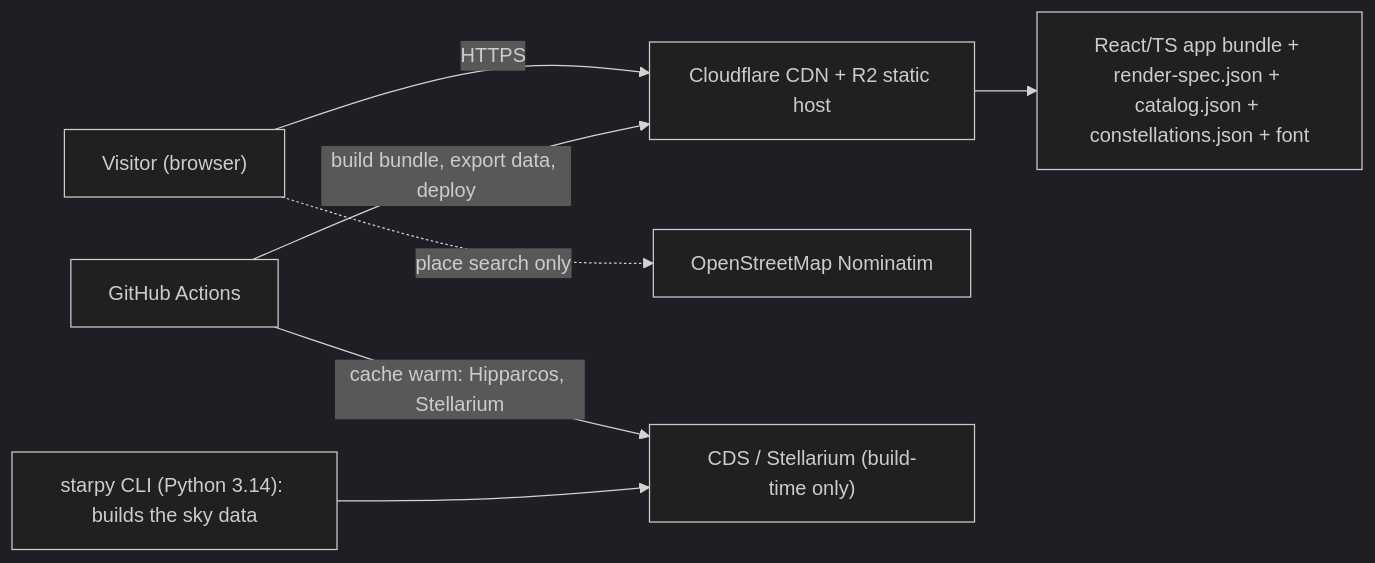
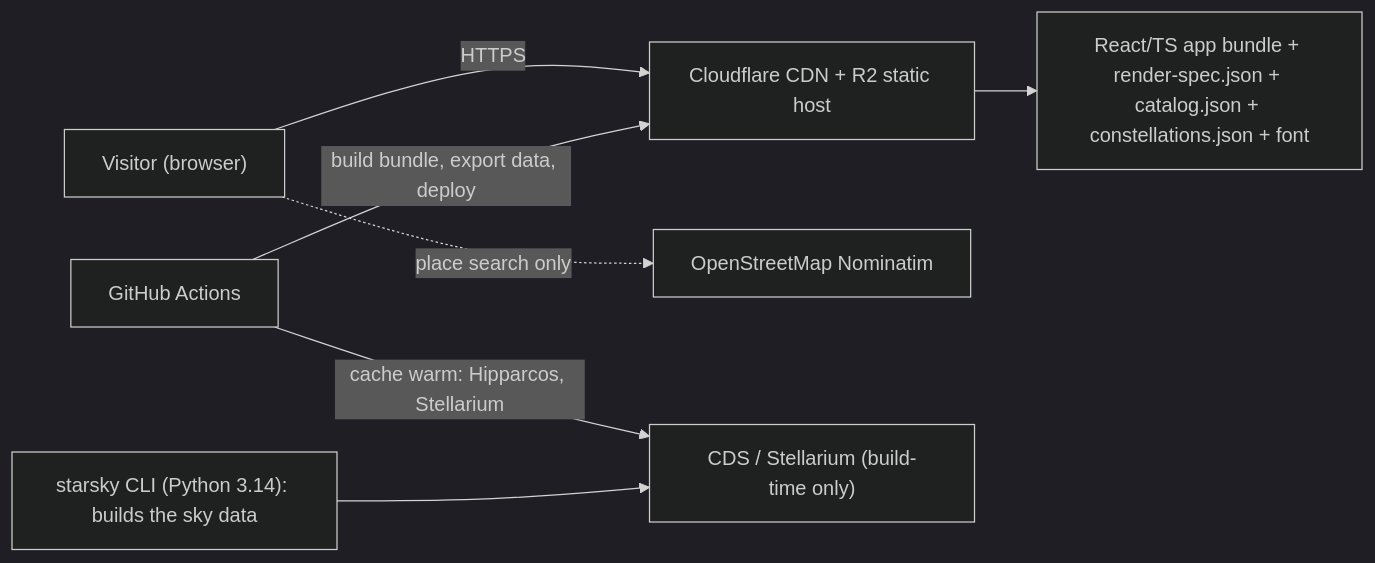
Before and after one commit to lucasvmigotto/starsky: the first of 2 diagrams in docs/product/architecture.md, drawn with Mermaid (dark theme). The commit also changed other lines of this file and 81 other files, not shown here.

Commit message:
refactor: rename starpy to starsky

````diff
--- a/docs/product/architecture.md
+++ b/docs/product/architecture.md
@@ -69,9 +69,9 @@
 ```mermaid
 graph LR
   Visitor["Visitor (browser)"] -->|HTTPS| CDN["Cloudflare CDN + R2 static host"]
   Visitor -.->|place search only| NOM["OpenStreetMap Nominatim"]
   CDN --> Bundle["React/TS app bundle + render-spec.json + catalog.json + constellations.json + font"]
   CI["GitHub Actions"] -->|build bundle, export data, deploy| CDN
   CI -->|cache warm: Hipparcos, Stellarium| SRC["CDS / Stellarium (build-time only)"]
-  CLI["starpy CLI (Python 3.14): builds the sky data"] --> SRC
+  CLI["starsky CLI (Python 3.14): builds the sky data"] --> SRC
 ```
````
